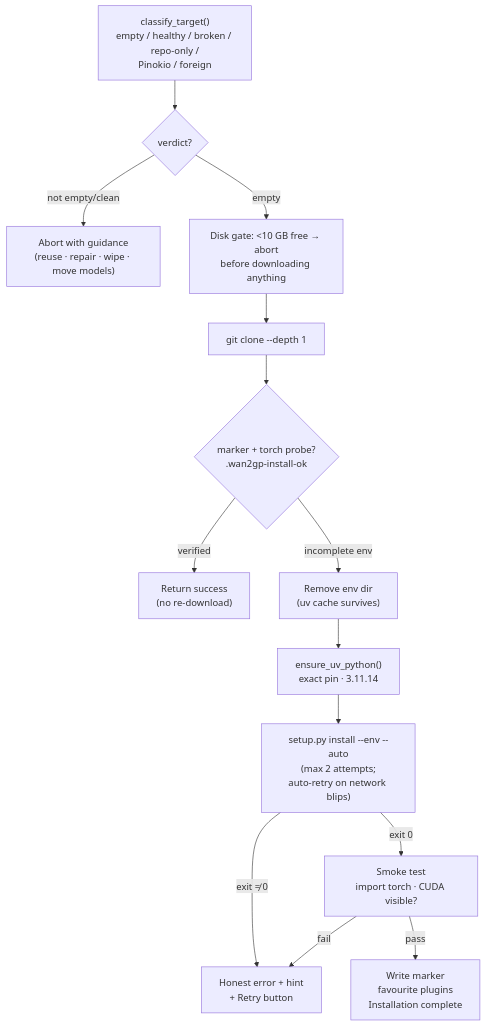
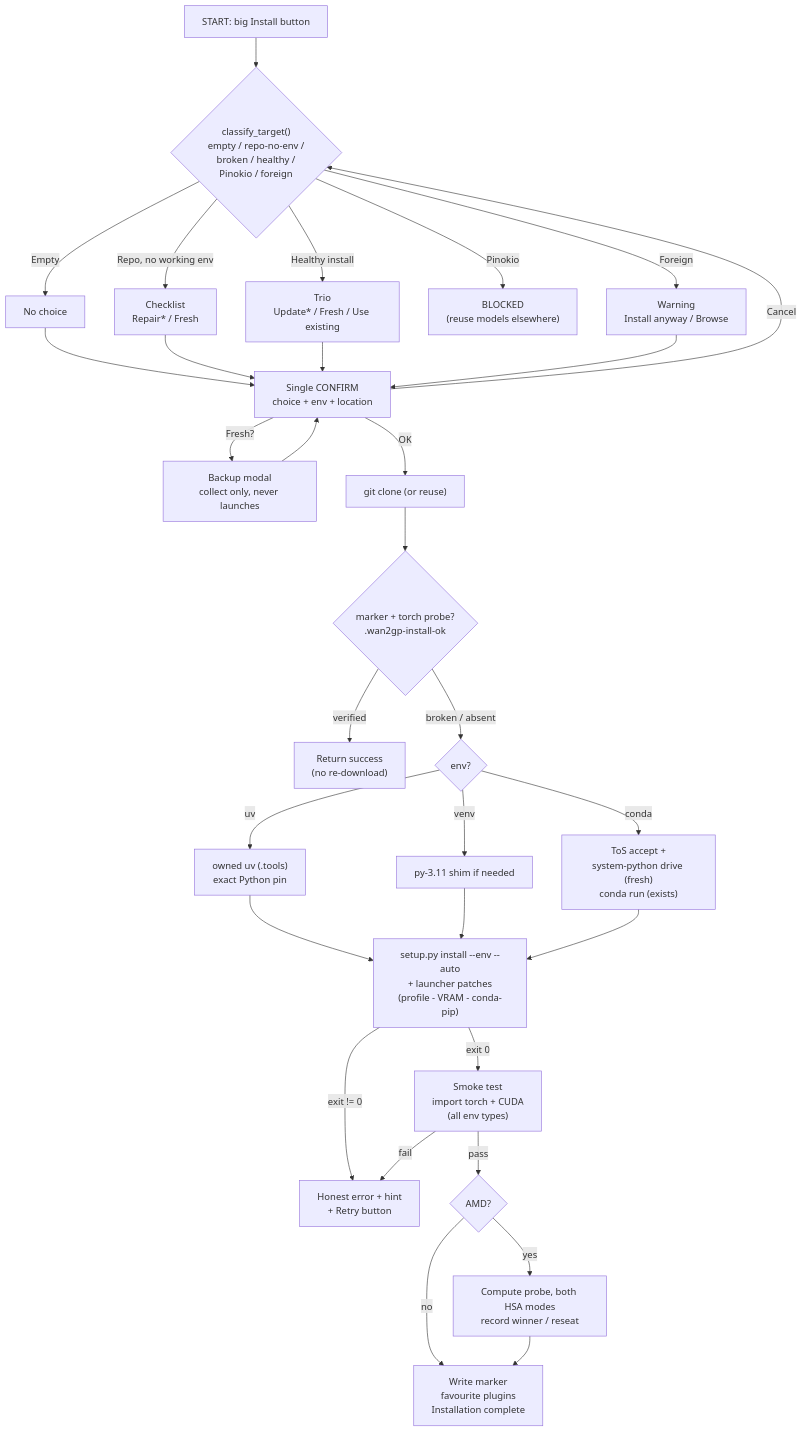
One commit to GKartist75/Wan2GP-Desktop-Tauri changed the second of 5 diagrams in docs/OVERVIEW.md. Above: the diagram before and after it, drawn with Mermaid. The commit also changed other lines of this file and 1 other file, not shown here.

Commit message:
docs: overview rewrite (selection UX, trust rule, verify) + guide prereq note

````diff
--- a/docs/OVERVIEW.md
+++ b/docs/OVERVIEW.md
@@ -43,16 +51,33 @@
 ```mermaid
 flowchart TD
-    A["classify_target()\nempty / healthy / broken / repo-only /\nPinokio / foreign"] --> B{"verdict?"}
-    B -->|"not empty/clean"| STOP1["Abort with guidance\n(reuse · repair · wipe · move models)"]
-    B -->|"empty"| DISK["Disk gate: <10 GB free → abort\nbefore downloading anything"]
-    DISK --> CLONE["git clone --depth 1"]
-    CLONE --> MARKER{"marker + torch probe?\n.wan2gp-install-ok"}
-    MARKER -->|"verified"| REUSE["Return success\n(no re-download)"]
-    MARKER -->|"incomplete env"| WIPE["Remove env dir\n(uv cache survives)"]
-    WIPE --> UV["ensure_uv_python()\nexact pin · 3.11.14"]
-    UV --> SETUP["setup.py install --env --auto\n(max 2 attempts;\nauto-retry on network blips)"]
-    SETUP -->|"exit ≠ 0"| FAIL["Honest error + hint\n+ Retry button"]
-    SETUP -->|"exit 0"| SMOKE["Smoke test\nimport torch · CUDA visible?"]
-    SMOKE -->|"fail"| FAIL
-    SMOKE -->|"pass"| DONE["Write marker\nfavourite plugins\nInstallation complete"]
+    S["START: big Install button"] --> V{"classify_target()\nempty / repo-no-env /\nbroken / healthy /\nPinokio / foreign"}
+    V -- "Empty" --> C0["No choice"]
+    V -- "Repo, no working env" --> C1["Checklist\nRepair* / Fresh"]
+    V -- "Healthy install" --> C2["Trio\nUpdate* / Fresh / Use existing"]
+    V -- "Pinokio" --> BLK["BLOCKED\n(reuse models elsewhere)"]
+    V -- "Foreign" --> WRN["Warning\nInstall anyway / Browse"]
+    C0 --> G["Single CONFIRM\nchoice + env + location"]
+    C1 --> G
+    C2 --> G
+    WRN --> G
+    G -- "Fresh?" --> M["Backup modal\ncollect only, never launches"]
+    M --> G
+    G -- "Cancel" --> V
+    G -- "OK" --> CL["git clone (or reuse)"]
+    CL --> MK{"marker + torch probe?\n.wan2gp-install-ok"}
+    MK -- "verified" --> REUSE["Return success\n(no re-download)"]
+    MK -- "broken / absent" --> P{"env?"}
+    P -- "uv" --> BU["owned uv (.tools)\nexact Python pin"]
+    P -- "venv" --> PY["py-3.11 shim if needed"]
+    P -- "conda" --> CA["ToS accept +\nsystem-python drive (fresh)\nconda run (exists)"]
+    BU --> SE["setup.py install --env --auto\n+ launcher patches\n(profile - VRAM - conda-pip)"]
+    PY --> SE
+    CA --> SE
+    SE -->|"exit != 0"| FAIL["Honest error + hint\n+ Retry button"]
+    SE -->|"exit 0"| SM["Smoke test\nimport torch + CUDA\n(all env types)"]
+    SM -->|"fail"| FAIL
+    SM -->|"pass"| AMD{"AMD?"}
+    AMD -- "yes" --> PR["Compute probe, both HSA modes\nrecord winner / reseat"]
+    AMD -- "no" --> DN["Write marker\nfavourite plugins\nInstallation complete"]
+    PR --> DN
 ```
````
